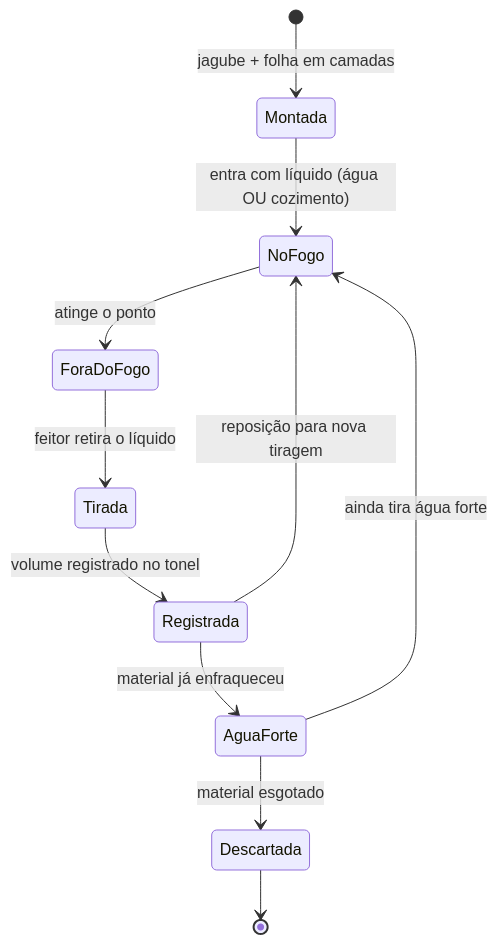
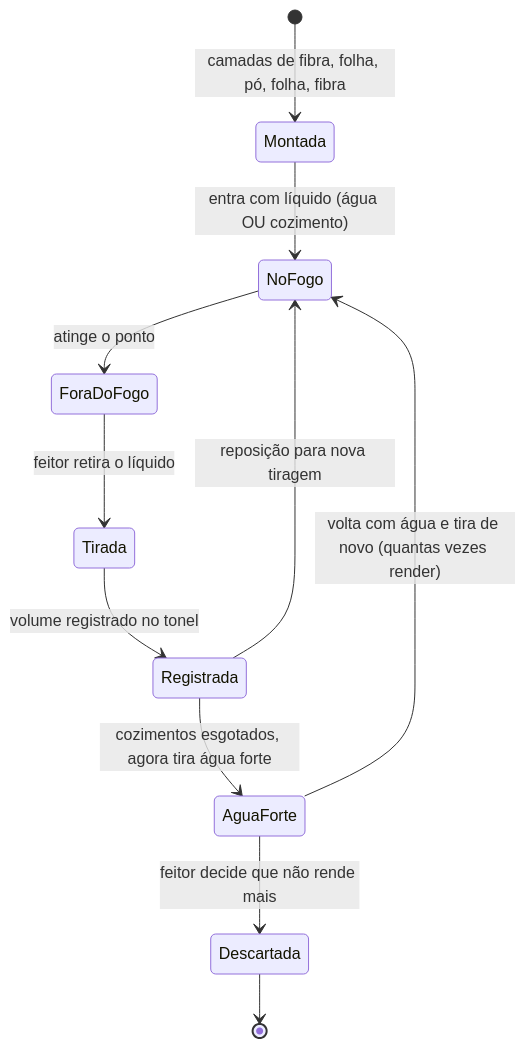
Before and after one commit to nitaibezerra/gestao-feitio: diagram 13 of 15 in projeto/tutorial-producao-daime.md, drawn with Mermaid. The commit also changed other lines of this file and 2 other files, not shown here.

First line of the commit message:
docs: corrigir tutorial, requisitos e projeto com feedback do feitor

````diff
--- a/projeto/tutorial-producao-daime.md
+++ b/projeto/tutorial-producao-daime.md
@@ -475,13 +498,13 @@
 ```mermaid
 stateDiagram-v2
-    [*] --> Montada: jagube + folha em camadas
+    [*] --> Montada: camadas de fibra, folha, pó, folha, fibra
     Montada --> NoFogo: entra com líquido (água OU cozimento)
     NoFogo --> ForaDoFogo: atinge o ponto
     ForaDoFogo --> Tirada: feitor retira o líquido
     Tirada --> Registrada: volume registrado no tonel
     Registrada --> NoFogo: reposição para nova tiragem
-    Registrada --> AguaForte: material já enfraqueceu
-    AguaForte --> NoFogo: ainda tira água forte
-    AguaForte --> Descartada: material esgotado
+    Registrada --> AguaForte: cozimentos esgotados, agora tira água forte
+    AguaForte --> NoFogo: volta com água e tira de novo (quantas vezes render)
+    AguaForte --> Descartada: feitor decide que não rende mais
     Descartada --> [*]
 ```
````
